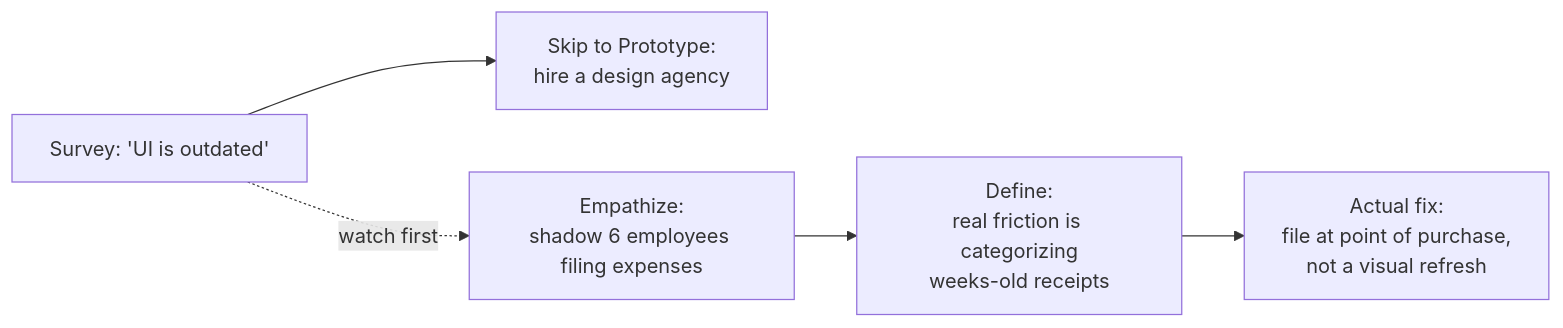
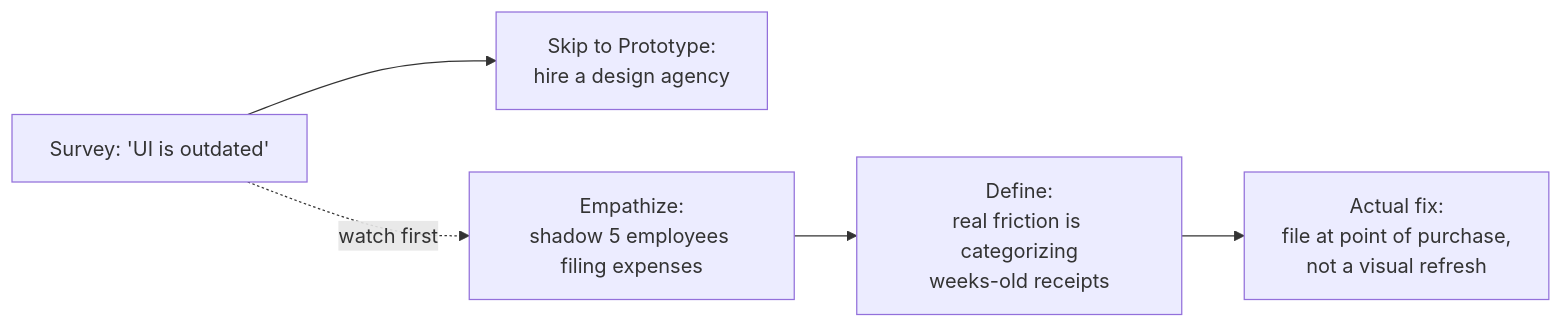
Before and after one commit to francoandreDev/knowledge: the first of 3 diagrams in src/content/design/design-thinking-process/L3-deep-dive.mdx, drawn with Mermaid. The commit also changed other lines of this file and 13 other files, not shown here.

````diff
--- a/src/content/design/design-thinking-process/L3-deep-dive.mdx
+++ b/src/content/design/design-thinking-process/L3-deep-dive.mdx
@@ -44,7 +48,7 @@
 ```mermaid
 flowchart LR
     Survey["Survey: 'UI is outdated'"] --> Skip["Skip to Prototype:\nhire a design agency"]
-    Survey -.->|watch first| Shadow["Empathize:\nshadow 6 employees filing expenses"]
+    Survey -.->|watch first| Shadow["Empathize:\nshadow 5 employees filing expenses"]
     Shadow --> Real["Define:\nreal friction is categorizing\nweeks-old receipts"]
     Real --> Fix["Actual fix:\nfile at point of purchase,\nnot a visual refresh"]
 ```
````
